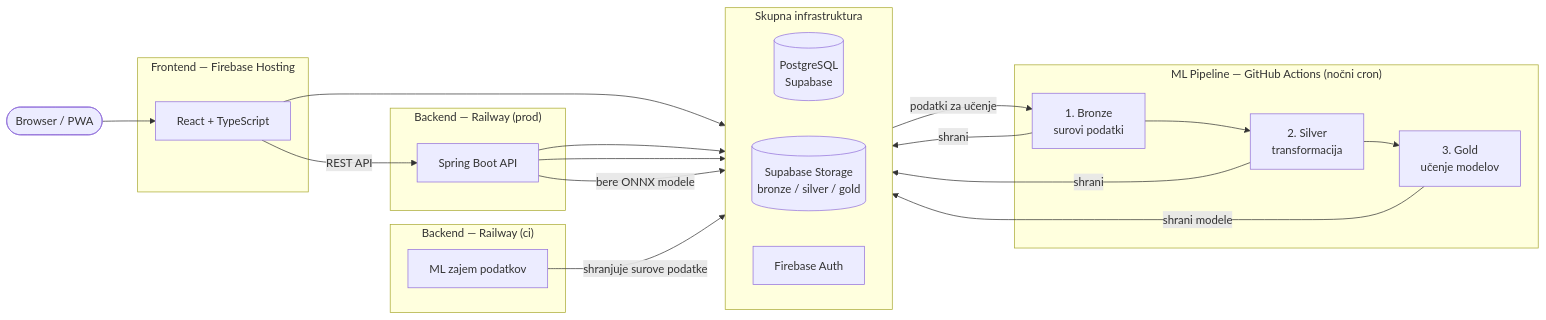
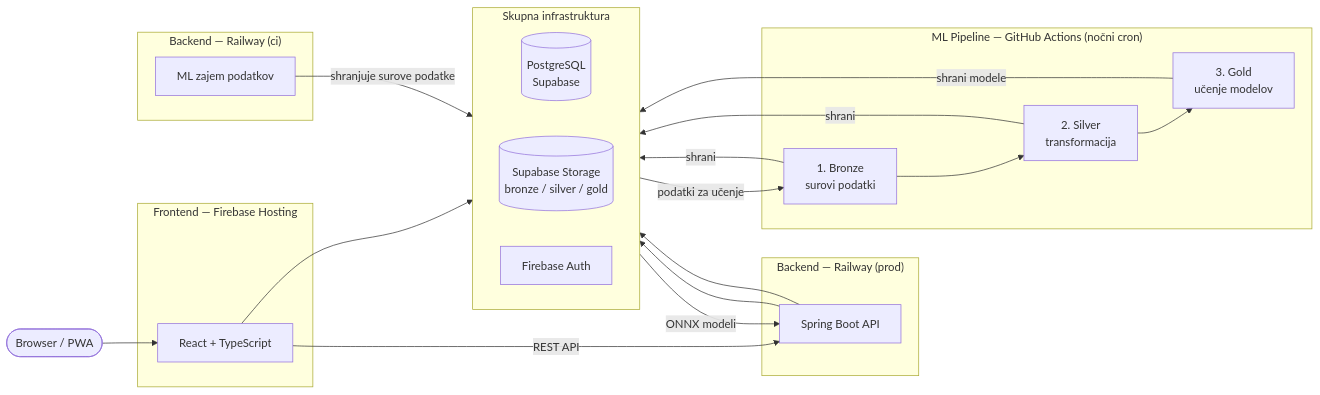
The first of 2 diagrams in README.md (MikeDQG/sibam), drawn with Mermaid before and after one commit. The commit also changed other lines of this file and 5 other files, not shown here.

Commit message:
Popravljena README dokumentacija, popravljen er diagram in dodan v README

````diff
--- a/README.md
+++ b/README.md
@@ -115,42 +114,42 @@
 ```mermaid
 flowchart LR
     User([Browser / PWA])
 
     subgraph Frontend ["Frontend — Firebase Hosting"]
         FE[React + TypeScript]
     end
 
     subgraph BackendProd ["Backend — Railway (prod)"]
         BE[Spring Boot API]
     end
 
     subgraph BackendCI ["Backend — Railway (ci)"]
         COLLECT[ML zajem podatkov]
     end
 
     subgraph ML ["ML Pipeline — GitHub Actions (nočni cron)"]
         BRONZE[1. Bronze\nsurovi podatki]
         SILVER[2. Silver\ntransformacija]
         GOLD[3. Gold\nučenje modelov]
         BRONZE --> SILVER --> GOLD
     end
 
     subgraph Infra ["Skupna infrastruktura"]
         direction LR
         DB[(PostgreSQL\nSupabase)]
         Storage[(Supabase Storage\nbronze / silver / gold)]
         Auth[Firebase Auth]
     end
 
     User --> FE
     FE -->|REST API| BE
     FE --> Auth
     BE --> Auth
     BE --> DB
-    BE -->|bere ONNX modele| Storage
+    Storage -->|ONNX modeli| BE
     COLLECT -->|shranjuje surove podatke| DB
     DB -->|podatki za učenje| BRONZE
     BRONZE -->|shrani| Storage
     SILVER -->|shrani| Storage
     GOLD -->|shrani modele| Storage
 ```
````
